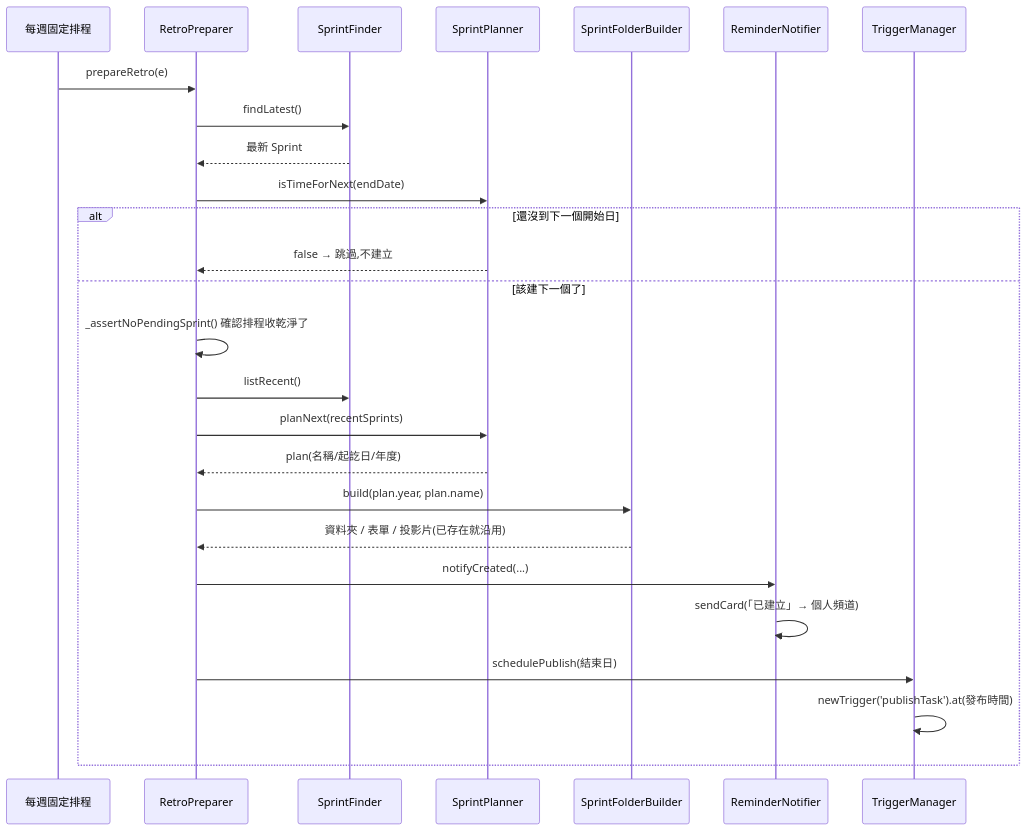
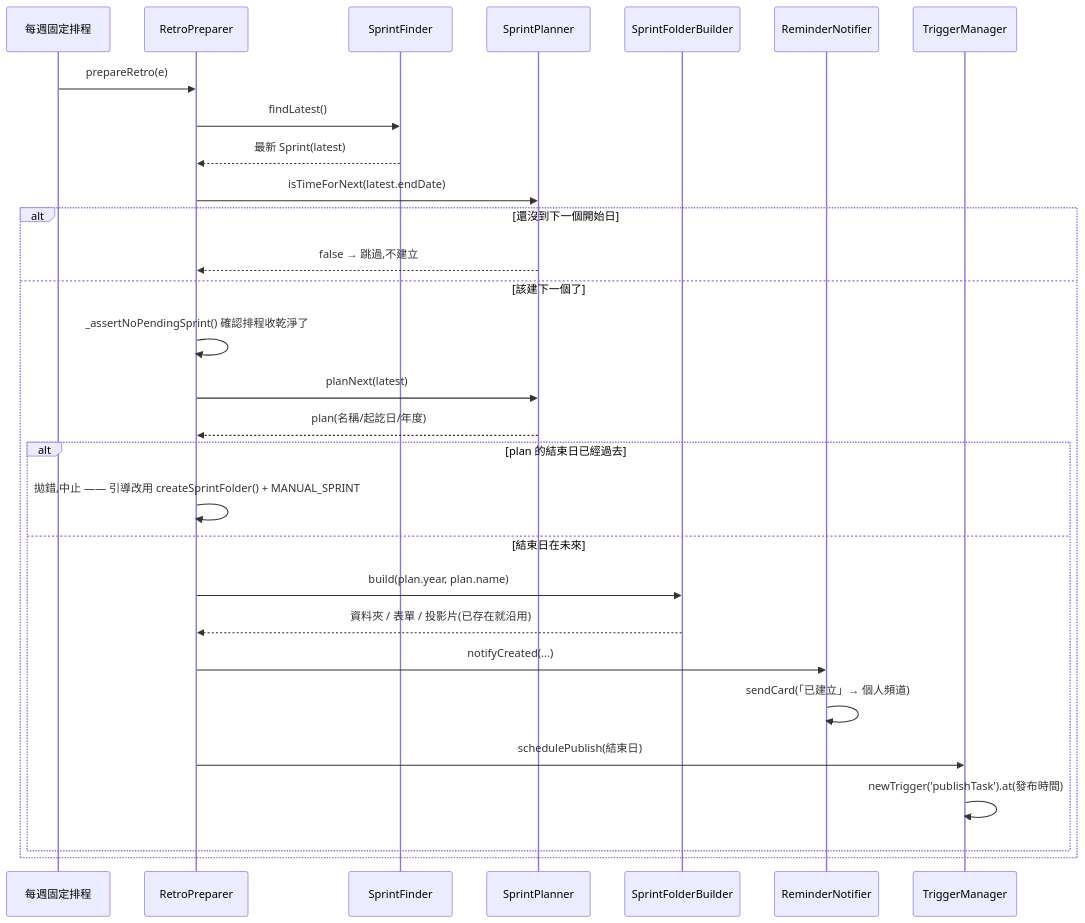
The second of 4 diagrams in me/taichi/f2e/scrum/retrospective/README.md (oceanTsai/team.manager), drawn with Mermaid before and after one commit. The commit also changed other lines of this file, not shown here.

Commit message:
docs(retrospective): 更新 README 跟上 B/A/C 修法後的實際流程
已知限制拿掉兩條已經修好的項目(過期 Sprint 檢查、webhook 延遲檢查),
只留通知發送失敗會被吞掉那條(還沒修,牽動 notify-lib)。

階段一時序圖更新:不再重複查 listRecent()、planNext() 改收單一 Sprint、
補上過期就拋錯中止的分支。FailureNotifier 不透過 ReminderNotifier 的
說明也一併改成現在「用到哪個頻道才檢查」的機制。

````diff
--- a/me/taichi/f2e/scrum/retrospective/README.md
+++ b/me/taichi/f2e/scrum/retrospective/README.md
@@ -155,29 +155,32 @@
 ```mermaid
 sequenceDiagram
     participant Trigger as 每週固定排程
     participant RP as RetroPreparer
     participant SF as SprintFinder
     participant SP as SprintPlanner
     participant SB as SprintFolderBuilder
     participant RN as ReminderNotifier
     participant TM as TriggerManager
 
     Trigger->>RP: prepareRetro(e)
     RP->>SF: findLatest()
-    SF-->>RP: 最新 Sprint
-    RP->>SP: isTimeForNext(endDate)
+    SF-->>RP: 最新 Sprint(latest)
+    RP->>SP: isTimeForNext(latest.endDate)
     alt 還沒到下一個開始日
         SP-->>RP: false → 跳過,不建立
     else 該建下一個了
         RP->>RP: _assertNoPendingSprint() 確認排程收乾淨了
-        RP->>SF: listRecent()
-        RP->>SP: planNext(recentSprints)
+        RP->>SP: planNext(latest)
         SP-->>RP: plan(名稱/起訖日/年度)
-        RP->>SB: build(plan.year, plan.name)
-        SB-->>RP: 資料夾 / 表單 / 投影片(已存在就沿用)
-        RP->>RN: notifyCreated(...)
-        RN->>RN: sendCard(「已建立」→ 個人頻道)
-        RP->>TM: schedulePublish(結束日)
-        TM->>TM: newTrigger('publishTask').at(發布時間)
+        alt plan 的結束日已經過去
+            RP->>RP: 拋錯,中止 —— 引導改用 createSprintFolder() + MANUAL_SPRINT
+        else 結束日在未來
+            RP->>SB: build(plan.year, plan.name)
+            SB-->>RP: 資料夾 / 表單 / 投影片(已存在就沿用)
+            RP->>RN: notifyCreated(...)
+            RN->>RN: sendCard(「已建立」→ 個人頻道)
+            RP->>TM: schedulePublish(結束日)
+            TM->>TM: newTrigger('publishTask').at(發布時間)
+        end
     end
 ```
````
